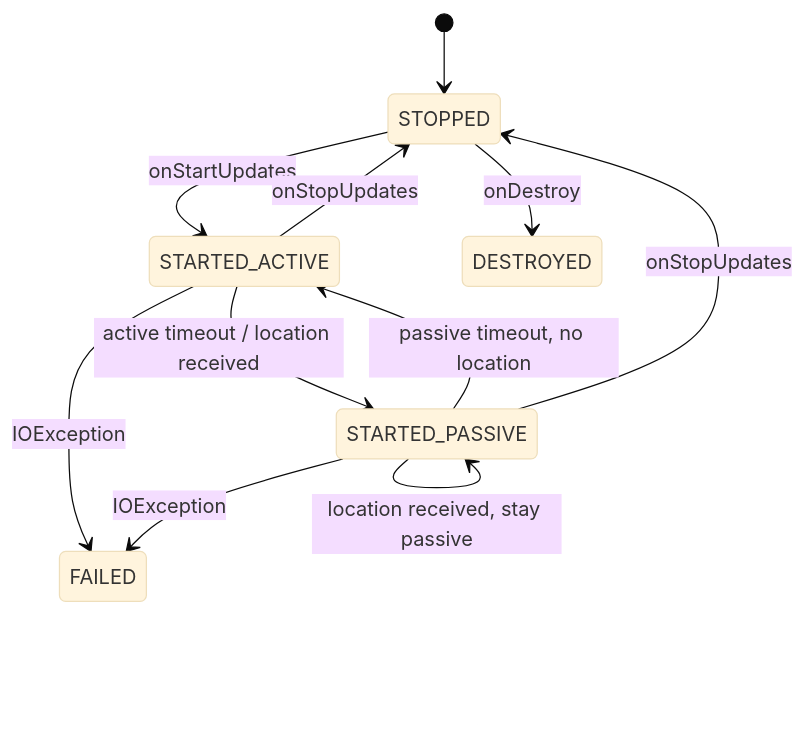
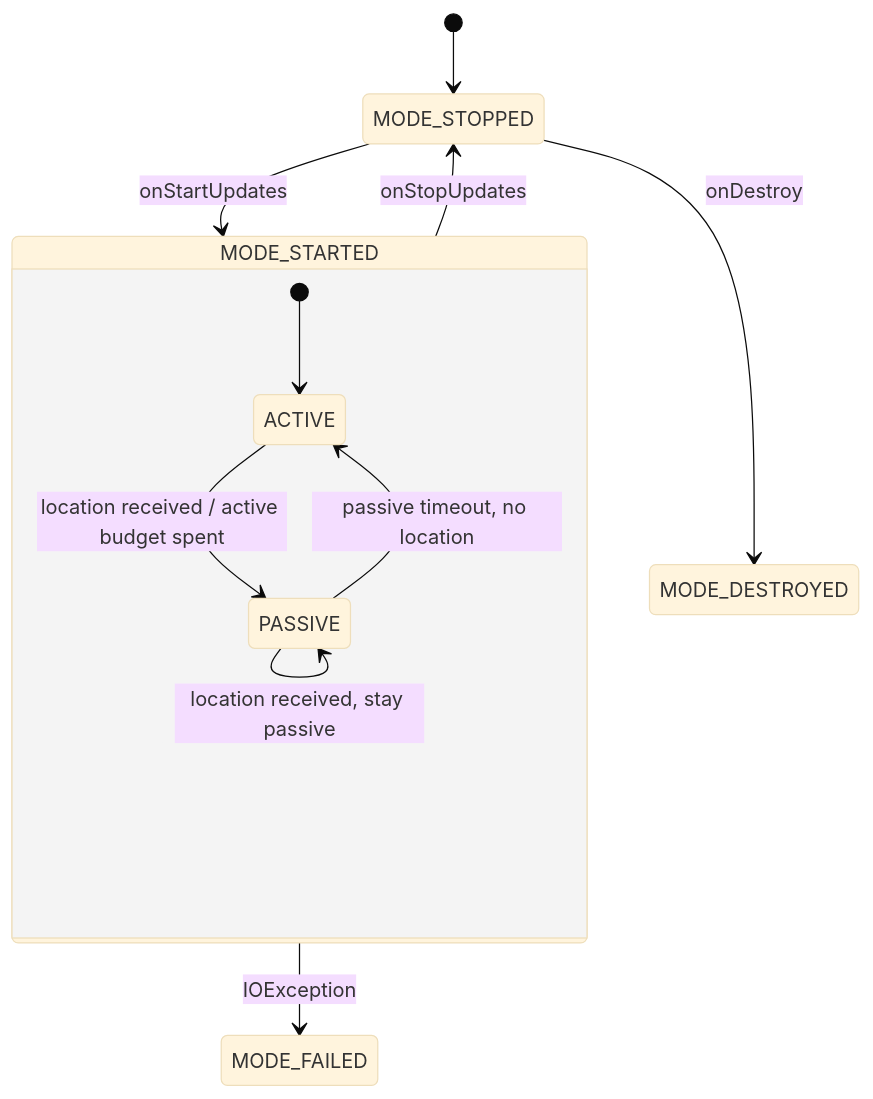
One commit to aospbooks/aosp-internal-book changed diagram 21 of 25 in agents/claude/skills/aosp-framework-services/33-location.md. Above: the diagram before and after it, drawn with Mermaid (base theme). The commit also changed other lines of this file and 232 other files, not shown here.

````diff
--- a/agents/claude/skills/aosp-framework-services/33-location.md
+++ b/agents/claude/skills/aosp-framework-services/33-location.md
@@ -2145,13 +2379,14 @@
 ```mermaid
 stateDiagram-v2
-    [*] --> STOPPED
-    STOPPED --> STARTED_ACTIVE : onStartUpdates
-    STARTED_ACTIVE --> STARTED_PASSIVE : active timeout / location received
-    STARTED_PASSIVE --> STARTED_ACTIVE : passive timeout, no location
-    STARTED_PASSIVE --> STARTED_PASSIVE : location received, stay passive
-    STARTED_ACTIVE --> STOPPED : onStopUpdates
-    STARTED_PASSIVE --> STOPPED : onStopUpdates
-    STOPPED --> DESTROYED : onDestroy
-    STARTED_ACTIVE --> FAILED : IOException
-    STARTED_PASSIVE --> FAILED : IOException
+    [*] --> MODE_STOPPED
+    MODE_STOPPED --> MODE_STARTED : onStartUpdates
+    state MODE_STARTED {
+        [*] --> ACTIVE
+        ACTIVE --> PASSIVE : location received / active budget spent
+        PASSIVE --> ACTIVE : passive timeout, no location
+        PASSIVE --> PASSIVE : location received, stay passive
+    }
+    MODE_STARTED --> MODE_STOPPED : onStopUpdates
+    MODE_STARTED --> MODE_FAILED : IOException
+    MODE_STOPPED --> MODE_DESTROYED : onDestroy
 ```
````
